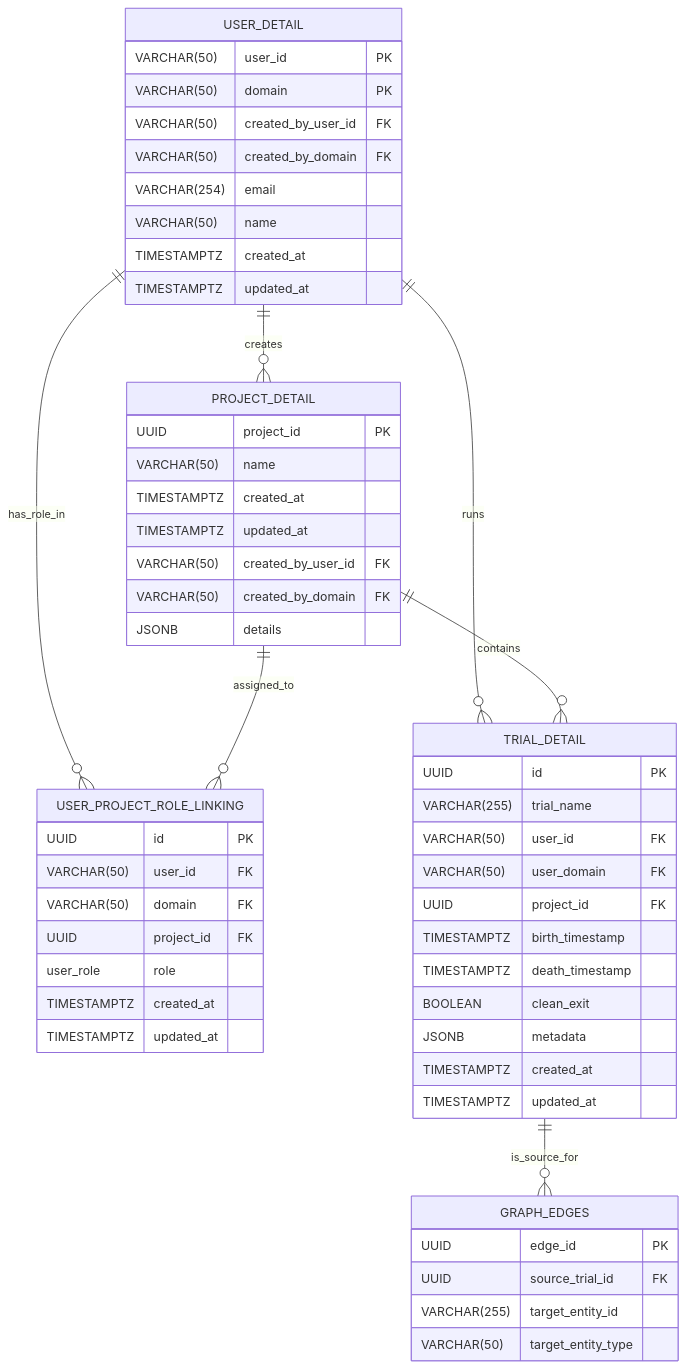
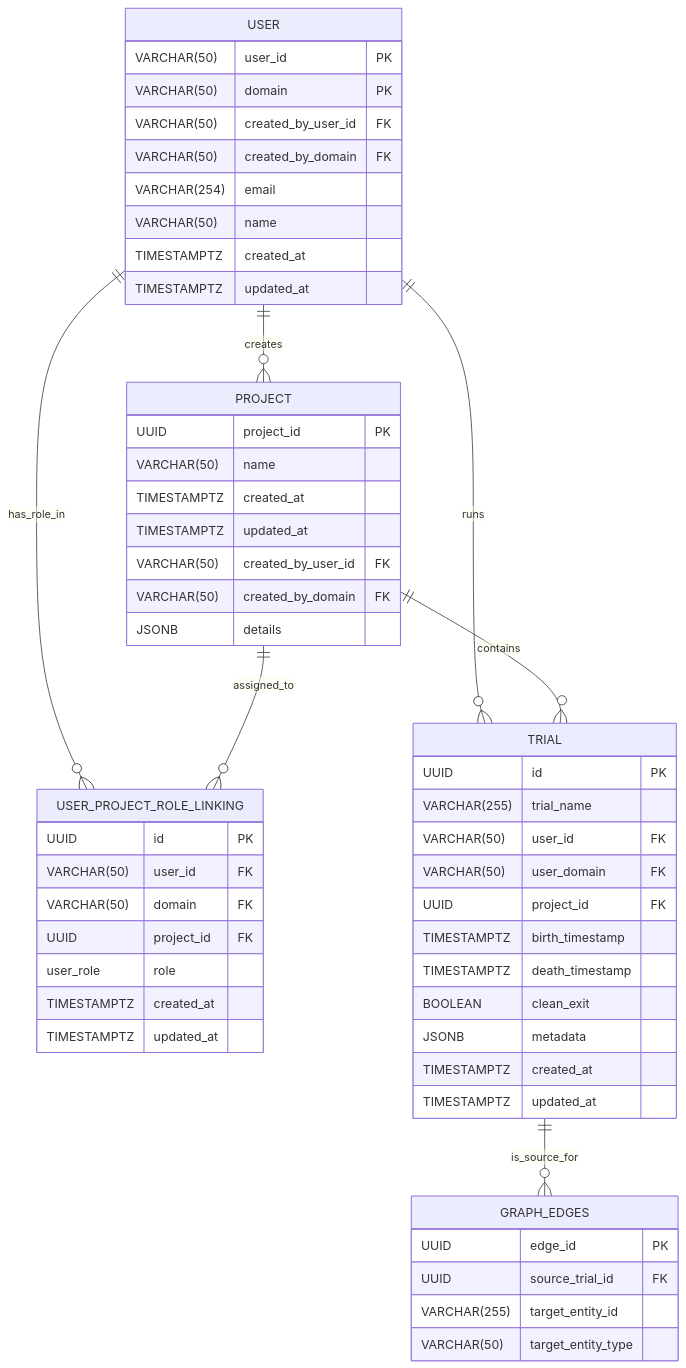
Before and after one commit to cmu-mfi/mfi_ddb_library: the diagram in src/mfi_ddb/retrieval_api/metadata_store-pg/README.md, drawn with Mermaid. The commit also changed 2 other files, not shown here.

Commit message:
refactor: rename tables in PostgreSQL schema for consistency

````diff
--- a/src/mfi_ddb/retrieval_api/metadata_store-pg/README.md
+++ b/src/mfi_ddb/retrieval_api/metadata_store-pg/README.md
@@ -3,63 +3,63 @@
 ```mermaid
 erDiagram
-    USER_DETAIL {
+    USER {
         VARCHAR(50) user_id PK
         VARCHAR(50) domain PK
         VARCHAR(50) created_by_user_id FK
         VARCHAR(50) created_by_domain FK
         VARCHAR(254) email
         VARCHAR(50) name
         TIMESTAMPTZ created_at
         TIMESTAMPTZ updated_at
     }
 
-    PROJECT_DETAIL {
+    PROJECT {
         UUID project_id PK
         VARCHAR(50) name
         TIMESTAMPTZ created_at
         TIMESTAMPTZ updated_at
         VARCHAR(50) created_by_user_id FK
         VARCHAR(50) created_by_domain FK
         JSONB details
     }
 
     USER_PROJECT_ROLE_LINKING {
         UUID id PK
         VARCHAR(50) user_id FK
         VARCHAR(50) domain FK
         UUID project_id FK
         user_role role
         TIMESTAMPTZ created_at
         TIMESTAMPTZ updated_at
     }
 
-    TRIAL_DETAIL {
+    TRIAL {
         UUID id PK
         VARCHAR(255) trial_name
         VARCHAR(50) user_id FK
         VARCHAR(50) user_domain FK
         UUID project_id FK
         TIMESTAMPTZ birth_timestamp
         TIMESTAMPTZ death_timestamp
         BOOLEAN clean_exit
         JSONB metadata
         TIMESTAMPTZ created_at
         TIMESTAMPTZ updated_at
     }
 
     GRAPH_EDGES {
         UUID edge_id PK
         UUID source_trial_id FK
         VARCHAR(255) target_entity_id
         VARCHAR(50) target_entity_type
     }
 
     %% Relationships
-    %% USER_DETAIL ||--o{ USER_DETAIL : "created_by (self-referencing)"
-    USER_DETAIL ||--o{ PROJECT_DETAIL : "creates"
-    USER_DETAIL ||--o{ USER_PROJECT_ROLE_LINKING : "has_role_in"
-    PROJECT_DETAIL ||--o{ USER_PROJECT_ROLE_LINKING : "assigned_to"
-    USER_DETAIL ||--o{ TRIAL_DETAIL : "runs"
-    PROJECT_DETAIL ||--o{ TRIAL_DETAIL : "contains"
-    TRIAL_DETAIL ||--o{ GRAPH_EDGES : "is_source_for"
+    %% USER ||--o{ USER : "created_by (self-referencing)"
+    USER ||--o{ PROJECT : "creates"
+    USER ||--o{ USER_PROJECT_ROLE_LINKING : "has_role_in"
+    PROJECT ||--o{ USER_PROJECT_ROLE_LINKING : "assigned_to"
+    USER ||--o{ TRIAL : "runs"
+    PROJECT ||--o{ TRIAL : "contains"
+    TRIAL ||--o{ GRAPH_EDGES : "is_source_for"
 ```
````
